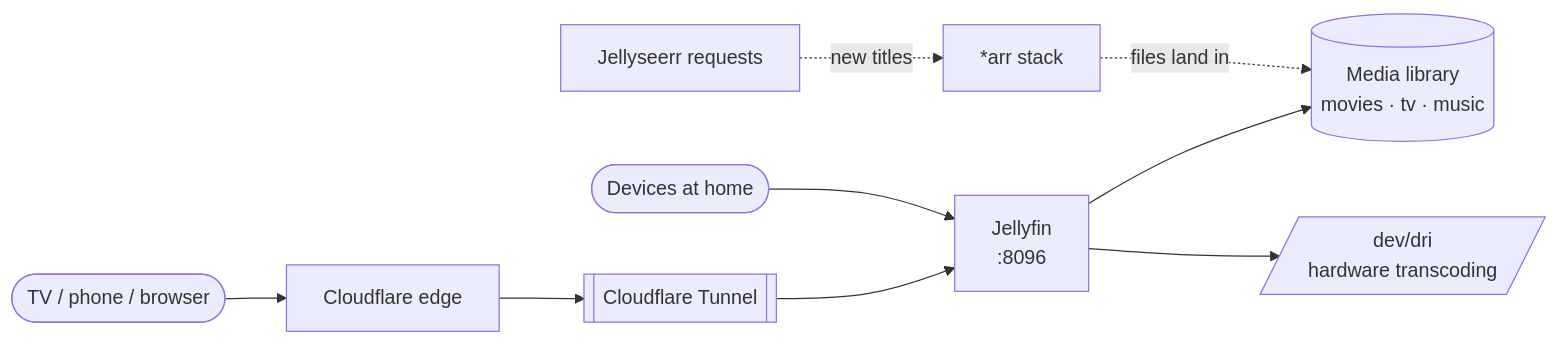
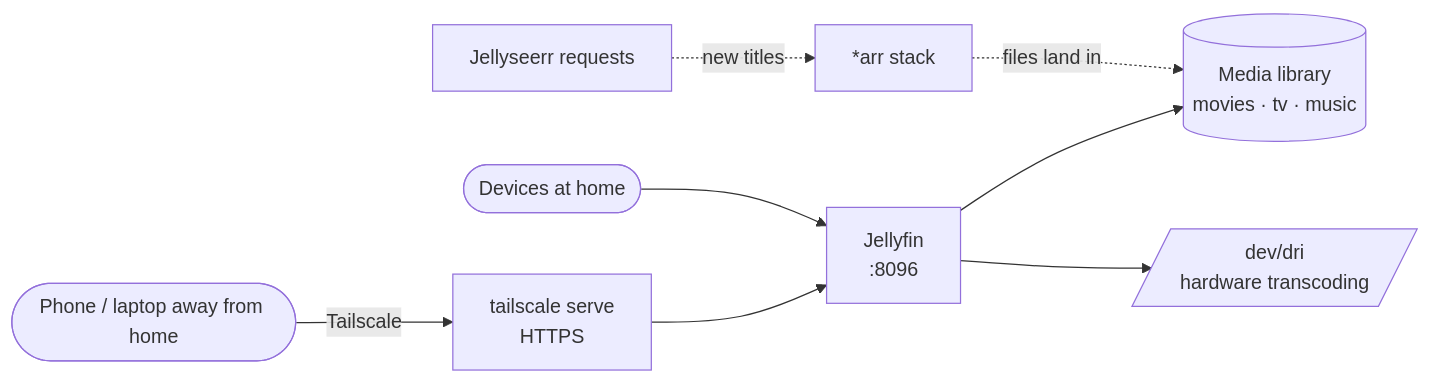
Before and after one commit to Shineori/homelab: the diagram in docs/services/jellyfin.md, drawn with Mermaid. The commit also changed other lines of this file and 10 other files, not shown here.

Commit message:
Docs: move private apps to Tailscale and record the tunnel audit

````diff
--- a/docs/services/jellyfin.md
+++ b/docs/services/jellyfin.md
@@ -21,11 +21,10 @@
 ```mermaid
 flowchart LR
-    tv([TV / phone / browser]) --> cf[Cloudflare edge]
-    cf --> tun[[Cloudflare Tunnel]]
-    tun --> jf[Jellyfin<br/>:8096]
+    tv([Phone / laptop away from home]) -- Tailscale --> ts[tailscale serve<br/>HTTPS]
+    ts --> jf[Jellyfin<br/>:8096]
     lan([Devices at home]) --> jf
     jf --> media[(Media library<br/>movies · tv · music)]
     jf --> gpu[/dev/dri<br/>hardware transcoding/]
     seerr[Jellyseerr requests] -. new titles .-> arr[*arr stack]
     arr -. files land in .-> media
 ```
````
